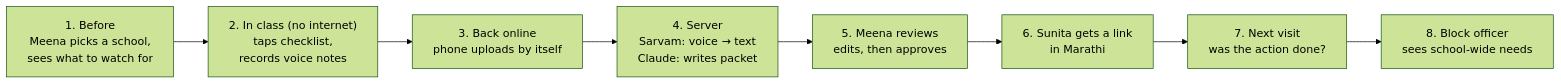
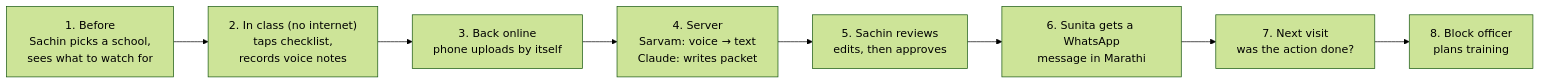
Before and after one commit to Pratham-1604/visit-coach: the first of 3 diagrams in FLOW.md, drawn with Mermaid (forest theme). The commit also changed other lines of this file and 34 other files, not shown here.

First line of the commit message:
v2: coaching history across mentors, WhatsApp advice, multi-grade, pitch

````diff
--- a/FLOW.md
+++ b/FLOW.md
@@ -26,10 +26,10 @@
 ```mermaid
 flowchart LR
-    A["1. Before<br/>Meena picks a school,<br/>sees what to watch for"] --> B["2. In class (no internet)<br/>taps checklist,<br/>records voice notes"]
+    A["1. Before<br/>Sachin picks a school,<br/>sees what to watch for"] --> B["2. In class (no internet)<br/>taps checklist,<br/>records voice notes"]
     B --> C["3. Back online<br/>phone uploads by itself"]
     C --> D["4. Server<br/>Sarvam: voice → text<br/>Claude: writes packet"]
-    D --> E["5. Meena reviews<br/>edits, then approves"]
-    E --> F["6. Sunita gets a link<br/>in Marathi"]
+    D --> E["5. Sachin reviews<br/>edits, then approves"]
+    E --> F["6. Sunita gets a WhatsApp<br/>message in Marathi"]
     F --> G["7. Next visit<br/>was the action done?"]
-    G --> H["8. Block officer<br/>sees school-wide needs"]
+    G --> H["8. Block officer<br/>plans training"]
 ```
````
